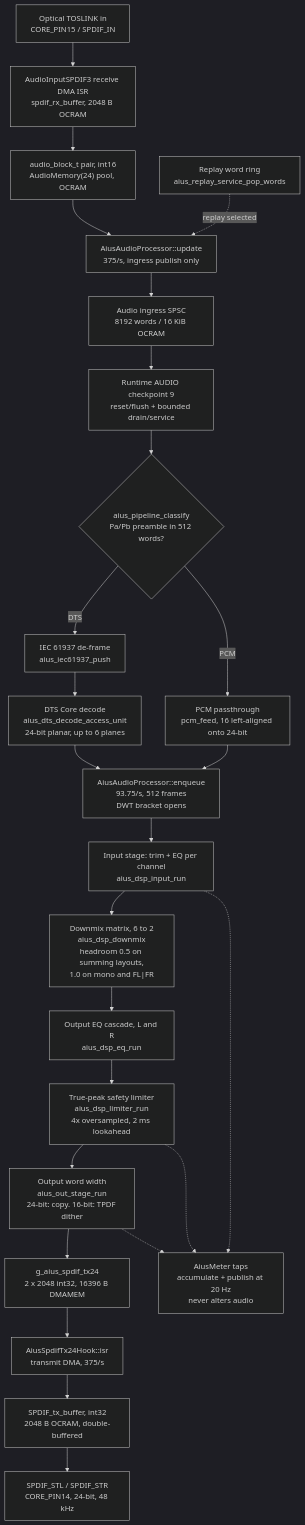
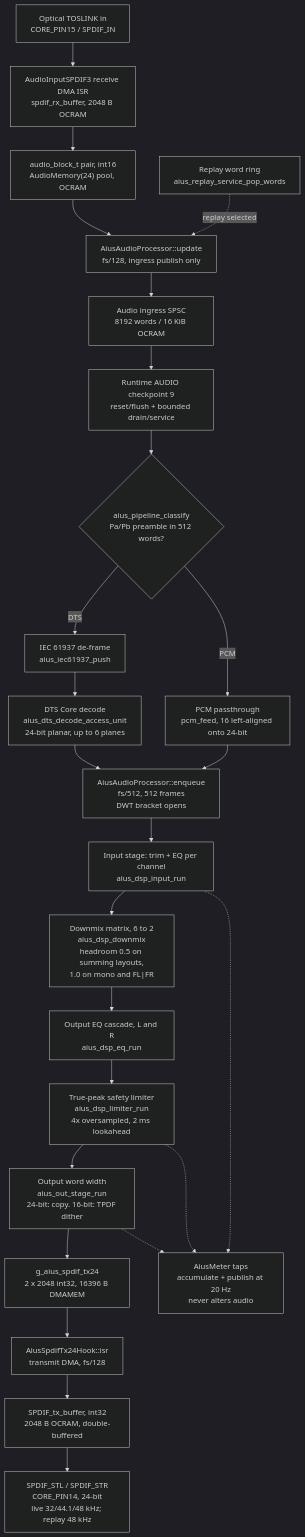
Before and after one commit to d3aek/aius: the diagram in docs/reference/signal-path.md, drawn with Mermaid (dark theme). The commit also changed other lines of this file and 17 other files, not shown here.

````diff
--- a/docs/reference/signal-path.md
+++ b/docs/reference/signal-path.md
@@ -93,36 +94,36 @@
 ```mermaid
 flowchart TD
     OPT["Optical TOSLINK in<br/>CORE_PIN15 / SPDIF_IN"]
     RX["AudioInputSPDIF3 receive DMA ISR<br/>spdif_rx_buffer, 2048 B OCRAM"]
     BLK["audio_block_t pair, int16<br/>AudioMemory(24) pool, OCRAM"]
-    UPD["AiusAudioProcessor::update<br/>375/s, ingress publish only"]
+    UPD["AiusAudioProcessor::update<br/>fs/128, ingress publish only"]
     RPL["Replay word ring<br/>aius_replay_service_pop_words"]
     ING["Audio ingress SPSC<br/>8192 words / 16 KiB OCRAM"]
     AUD["Runtime AUDIO checkpoint 9<br/>reset/flush + bounded drain/service"]
     CLS{"aius_pipeline_classify<br/>Pa/Pb preamble in 512 words?"}
     IEC["IEC 61937 de-frame<br/>aius_iec61937_push"]
     DTS["DTS Core decode<br/>aius_dts_decode_access_unit<br/>24-bit planar, up to 6 planes"]
     PCM["PCM passthrough<br/>pcm_feed, 16 left-aligned onto 24-bit"]
-    ENQ["AiusAudioProcessor::enqueue<br/>93.75/s, 512 frames<br/>DWT bracket opens"]
+    ENQ["AiusAudioProcessor::enqueue<br/>fs/512, 512 frames<br/>DWT bracket opens"]
     IN["Input stage: trim + EQ per channel<br/>aius_dsp_input_run"]
     DMX["Downmix matrix, 6 to 2<br/>aius_dsp_downmix<br/>headroom 0.5 on summing layouts,<br/>1.0 on mono and FL|FR"]
     OEQ["Output EQ cascade, L and R<br/>aius_dsp_eq_run"]
     LIM["True-peak safety limiter<br/>aius_dsp_limiter_run<br/>4x oversampled, 2 ms lookahead"]
     OUT["Output word width<br/>aius_out_stage_run<br/>24-bit: copy. 16-bit: TPDF dither"]
     RING["g_aius_spdif_tx24<br/>2 x 2048 int32, 16396 B DMAMEM"]
-    TXI["AiusSpdifTx24Hook::isr<br/>transmit DMA, 375/s"]
+    TXI["AiusSpdifTx24Hook::isr<br/>transmit DMA, fs/128"]
     TXB["SPDIF_tx_buffer, int32<br/>2048 B OCRAM, double-buffered"]
-    WIRE["SPDIF_STL / SPDIF_STR<br/>CORE_PIN14, 24-bit, 48 kHz"]
+    WIRE["SPDIF_STL / SPDIF_STR<br/>CORE_PIN14, 24-bit<br/>live 32/44.1/48 kHz; replay 48 kHz"]
     MET["AiusMeter taps<br/>accumulate + publish at 20 Hz<br/>never alters audio"]
 
     OPT --> RX --> BLK --> UPD --> ING --> AUD
     RPL -.->|"replay selected"| UPD
     AUD --> CLS
     CLS -->|DTS| IEC --> DTS --> ENQ
     CLS -->|PCM| PCM --> ENQ
     ENQ --> IN --> DMX --> OEQ --> LIM --> OUT --> RING
     RING --> TXI --> TXB --> WIRE
     IN -.-> MET
     LIM -.-> MET
     OUT -.-> MET
 ```
````
